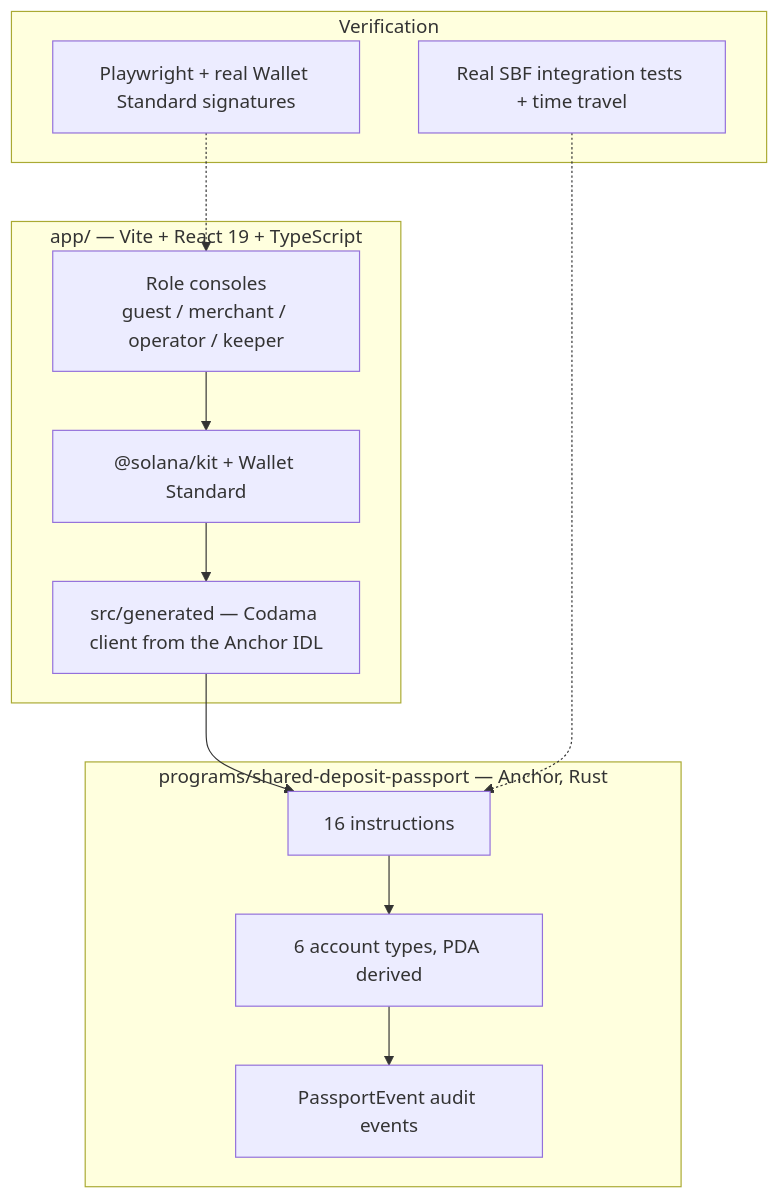
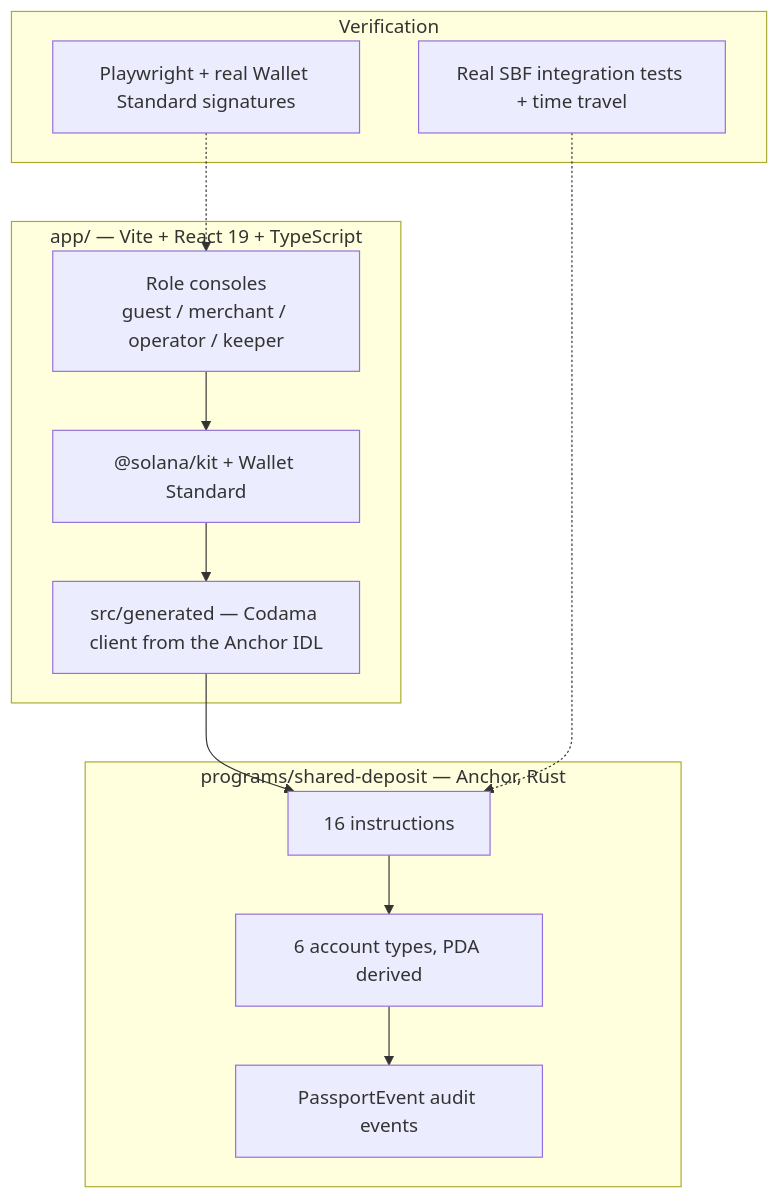
Before and after one commit to SeanHooo/shared-deposit: the second of 2 diagrams in README.md, drawn with Mermaid. The commit also changed other lines of this file and 54 other files, not shown here.

````diff
--- a/README.md
+++ b/README.md
@@ -51,20 +51,20 @@
 ```mermaid
 flowchart TB
   subgraph Client["app/ — Vite + React 19 + TypeScript"]
     UI["Role consoles<br/>guest / merchant / operator / keeper"]
     KIT["@solana/kit + Wallet Standard"]
     GEN["src/generated — Codama client from the Anchor IDL"]
   end
-  subgraph Chain["programs/shared-deposit-passport — Anchor, Rust"]
+  subgraph Chain["programs/shared-deposit — Anchor, Rust"]
     IX["16 instructions"]
     ACC["6 account types, PDA derived"]
     EV["PassportEvent audit events"]
   end
   subgraph Tests["Verification"]
     SBF["Real SBF integration tests + time travel"]
     E2E["Playwright + real Wallet Standard signatures"]
   end
   UI --> KIT --> GEN --> IX --> ACC --> EV
   SBF -.-> IX
   E2E -.-> UI
 ```
````
